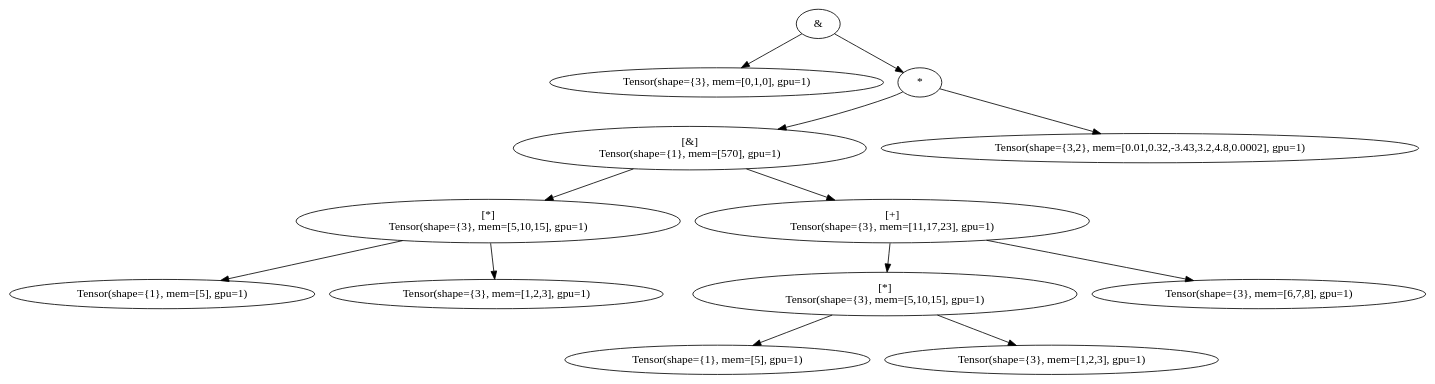
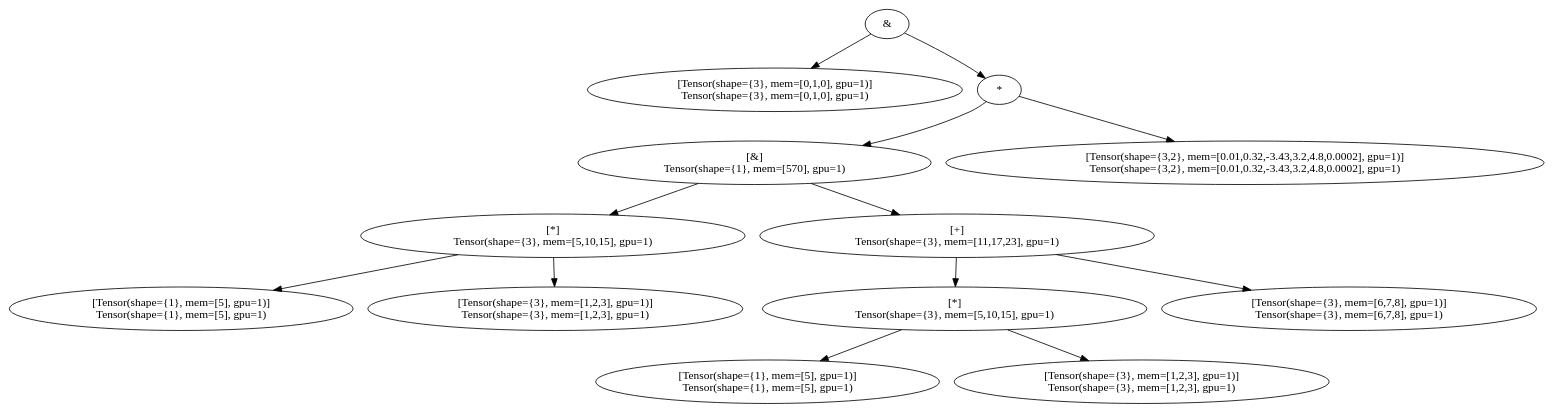
Before and after one commit to MarkusPfundstein/tensorcpp: the diagram in graphs/graph_final_eval_1.dot, drawn with Graphviz. The commit also changed 18 other files, not shown here.

```diff
--- a/graphs/graph_final_eval_1.dot
+++ b/graphs/graph_final_eval_1.dot
@@ -1,27 +1,27 @@
 digraph G {
-MATMUL_Output_02J23[label="&"]
-TENSOR_MATMUL_Output_02J23_1HjYf[label="Tensor(shape={3}, mem=[0,1,0], gpu=1)"]
-MATMUL_Output_02J23 -> TENSOR_MATMUL_Output_02J23_1HjYf
-MUL_MATMUL_Output_02J23_1ODc9[label="*"]
-MATMUL_Output_02J23 -> MUL_MATMUL_Output_02J23_1ODc9
-MATMUL_MUL_MATMUL_Output_02J23_1ODc9_2h3dF[label="[&]\nTensor(shape={1}, mem=[570], gpu=1)"]
-MUL_MATMUL_Output_02J23_1ODc9 -> MATMUL_MUL_MATMUL_Output_02J23_1ODc9_2h3dF
-MUL_MATMUL_MUL_MATMUL_Output_02J23_1ODc9_2h3dF_37Bl1[label="[*]\nTensor(shape={3}, mem=[5,10,15], gpu=1)"]
-MATMUL_MUL_MATMUL_Output_02J23_1ODc9_2h3dF -> MUL_MATMUL_MUL_MATMUL_Output_02J23_1ODc9_2h3dF_37Bl1
-TENSOR_MUL_MATMUL_MUL_MATMUL_Output_02J23_1ODc9_2h3dF_37Bl1_4yi4O[label="Tensor(shape={1}, mem=[5], gpu=1)"]
-MUL_MATMUL_MUL_MATMUL_Output_02J23_1ODc9_2h3dF_37Bl1 -> TENSOR_MUL_MATMUL_MUL_MATMUL_Output_02J23_1ODc9_2h3dF_37Bl1_4yi4O
-TENSOR_MUL_MATMUL_MUL_MATMUL_Output_02J23_1ODc9_2h3dF_37Bl1_4T750[label="Tensor(shape={3}, mem=[1,2,3], gpu=1)"]
-MUL_MATMUL_MUL_MATMUL_Output_02J23_1ODc9_2h3dF_37Bl1 -> TENSOR_MUL_MATMUL_MUL_MATMUL_Output_02J23_1ODc9_2h3dF_37Bl1_4T750
-PLUS_MATMUL_MUL_MATMUL_Output_02J23_1ODc9_2h3dF_3oCv8[label="[+]\nTensor(shape={3}, mem=[11,17,23], gpu=1)"]
-MATMUL_MUL_MATMUL_Output_02J23_1ODc9_2h3dF -> PLUS_MATMUL_MUL_MATMUL_Output_02J23_1ODc9_2h3dF_3oCv8
-MUL_PLUS_MATMUL_MUL_MATMUL_Output_02J23_1ODc9_2h3dF_3oCv8_4nEb8[label="[*]\nTensor(shape={3}, mem=[5,10,15], gpu=1)"]
-PLUS_MATMUL_MUL_MATMUL_Output_02J23_1ODc9_2h3dF_3oCv8 -> MUL_PLUS_MATMUL_MUL_MATMUL_Output_02J23_1ODc9_2h3dF_3oCv8_4nEb8
-TENSOR_MUL_PLUS_MATMUL_MUL_MATMUL_Output_02J23_1ODc9_2h3dF_3oCv8_4nEb8_5ItJ9[label="Tensor(shape={1}, mem=[5], gpu=1)"]
-MUL_PLUS_MATMUL_MUL_MATMUL_Output_02J23_1ODc9_2h3dF_3oCv8_4nEb8 -> TENSOR_MUL_PLUS_MATMUL_MUL_MATMUL_Output_02J23_1ODc9_2h3dF_3oCv8_4nEb8_5ItJ9
-TENSOR_MUL_PLUS_MATMUL_MUL_MATMUL_Output_02J23_1ODc9_2h3dF_3oCv8_4nEb8_5tryr[label="Tensor(shape={3}, mem=[1,2,3], gpu=1)"]
-MUL_PLUS_MATMUL_MUL_MATMUL_Output_02J23_1ODc9_2h3dF_3oCv8_4nEb8 -> TENSOR_MUL_PLUS_MATMUL_MUL_MATMUL_Output_02J23_1ODc9_2h3dF_3oCv8_4nEb8_5tryr
-TENSOR_PLUS_MATMUL_MUL_MATMUL_Output_02J23_1ODc9_2h3dF_3oCv8_4UlDr[label="Tensor(shape={3}, mem=[6,7,8], gpu=1)"]
-PLUS_MATMUL_MUL_MATMUL_Output_02J23_1ODc9_2h3dF_3oCv8 -> TENSOR_PLUS_MATMUL_MUL_MATMUL_Output_02J23_1ODc9_2h3dF_3oCv8_4UlDr
-TENSOR_MUL_MATMUL_Output_02J23_1ODc9_2iK2n[label="Tensor(shape={3,2}, mem=[0.01,0.32,-3.43,3.2,4.8,0.0002], gpu=1)"]
-MUL_MATMUL_Output_02J23_1ODc9 -> TENSOR_MUL_MATMUL_Output_02J23_1ODc9_2iK2n
+MATMUL_Output_07zjz[label="&"]
+TENSOR_MATMUL_Output_07zjz_1sBzB[label="[Tensor(shape={3}, mem=[0,1,0], gpu=1)]\nTensor(shape={3}, mem=[0,1,0], gpu=1)"]
+MATMUL_Output_07zjz -> TENSOR_MATMUL_Output_07zjz_1sBzB
+MUL_MATMUL_Output_07zjz_1VfJj[label="*"]
+MATMUL_Output_07zjz -> MUL_MATMUL_Output_07zjz_1VfJj
+MATMUL_MUL_MATMUL_Output_07zjz_1VfJj_2xY1m[label="[&]\nTensor(shape={1}, mem=[570], gpu=1)"]
+MUL_MATMUL_Output_07zjz_1VfJj -> MATMUL_MUL_MATMUL_Output_07zjz_1VfJj_2xY1m
+MUL_MATMUL_MUL_MATMUL_Output_07zjz_1VfJj_2xY1m_3y3m2[label="[*]\nTensor(shape={3}, mem=[5,10,15], gpu=1)"]
+MATMUL_MUL_MATMUL_Output_07zjz_1VfJj_2xY1m -> MUL_MATMUL_MUL_MATMUL_Output_07zjz_1VfJj_2xY1m_3y3m2
+TENSOR_MUL_MATMUL_MUL_MATMUL_Output_07zjz_1VfJj_2xY1m_3y3m2_4m2fW[label="[Tensor(shape={1}, mem=[5], gpu=1)]\nTensor(shape={1}, mem=[5], gpu=1)"]
+MUL_MATMUL_MUL_MATMUL_Output_07zjz_1VfJj_2xY1m_3y3m2 -> TENSOR_MUL_MATMUL_MUL_MATMUL_Output_07zjz_1VfJj_2xY1m_3y3m2_4m2fW
+TENSOR_MUL_MATMUL_MUL_MATMUL_Output_07zjz_1VfJj_2xY1m_3y3m2_46T0g[label="[Tensor(shape={3}, mem=[1,2,3], gpu=1)]\nTensor(shape={3}, mem=[1,2,3], gpu=1)"]
+MUL_MATMUL_MUL_MATMUL_Output_07zjz_1VfJj_2xY1m_3y3m2 -> TENSOR_MUL_MATMUL_MUL_MATMUL_Output_07zjz_1VfJj_2xY1m_3y3m2_46T0g
+PLUS_MATMUL_MUL_MATMUL_Output_07zjz_1VfJj_2xY1m_3PW2F[label="[+]\nTensor(shape={3}, mem=[11,17,23], gpu=1)"]
+MATMUL_MUL_MATMUL_Output_07zjz_1VfJj_2xY1m -> PLUS_MATMUL_MUL_MATMUL_Output_07zjz_1VfJj_2xY1m_3PW2F
+MUL_PLUS_MATMUL_MUL_MATMUL_Output_07zjz_1VfJj_2xY1m_3PW2F_4GkmI[label="[*]\nTensor(shape={3}, mem=[5,10,15], gpu=1)"]
+PLUS_MATMUL_MUL_MATMUL_Output_07zjz_1VfJj_2xY1m_3PW2F -> MUL_PLUS_MATMUL_MUL_MATMUL_Output_07zjz_1VfJj_2xY1m_3PW2F_4GkmI
+TENSOR_MUL_PLUS_MATMUL_MUL_MATMUL_Output_07zjz_1VfJj_2xY1m_3PW2F_4GkmI_5QdhZ[label="[Tensor(shape={1}, mem=[5], gpu=1)]\nTensor(shape={1}, mem=[5], gpu=1)"]
+MUL_PLUS_MATMUL_MUL_MATMUL_Output_07zjz_1VfJj_2xY1m_3PW2F_4GkmI -> TENSOR_MUL_PLUS_MATMUL_MUL_MATMUL_Output_07zjz_1VfJj_2xY1m_3PW2F_4GkmI_5QdhZ
+TENSOR_MUL_PLUS_MATMUL_MUL_MATMUL_Output_07zjz_1VfJj_2xY1m_3PW2F_4GkmI_5IlwB[label="[Tensor(shape={3}, mem=[1,2,3], gpu=1)]\nTensor(shape={3}, mem=[1,2,3], gpu=1)"]
+MUL_PLUS_MATMUL_MUL_MATMUL_Output_07zjz_1VfJj_2xY1m_3PW2F_4GkmI -> TENSOR_MUL_PLUS_MATMUL_MUL_MATMUL_Output_07zjz_1VfJj_2xY1m_3PW2F_4GkmI_5IlwB
+TENSOR_PLUS_MATMUL_MUL_MATMUL_Output_07zjz_1VfJj_2xY1m_3PW2F_4y3Ec[label="[Tensor(shape={3}, mem=[6,7,8], gpu=1)]\nTensor(shape={3}, mem=[6,7,8], gpu=1)"]
+PLUS_MATMUL_MUL_MATMUL_Output_07zjz_1VfJj_2xY1m_3PW2F -> TENSOR_PLUS_MATMUL_MUL_MATMUL_Output_07zjz_1VfJj_2xY1m_3PW2F_4y3Ec
+TENSOR_MUL_MATMUL_Output_07zjz_1VfJj_2IUsF[label="[Tensor(shape={3,2}, mem=[0.01,0.32,-3.43,3.2,4.8,0.0002], gpu=1)]\nTensor(shape={3,2}, mem=[0.01,0.32,-3.43,3.2,4.8,0.0002], gpu=1)"]
+MUL_MATMUL_Output_07zjz_1VfJj -> TENSOR_MUL_MATMUL_Output_07zjz_1VfJj_2IUsF
 }
```
